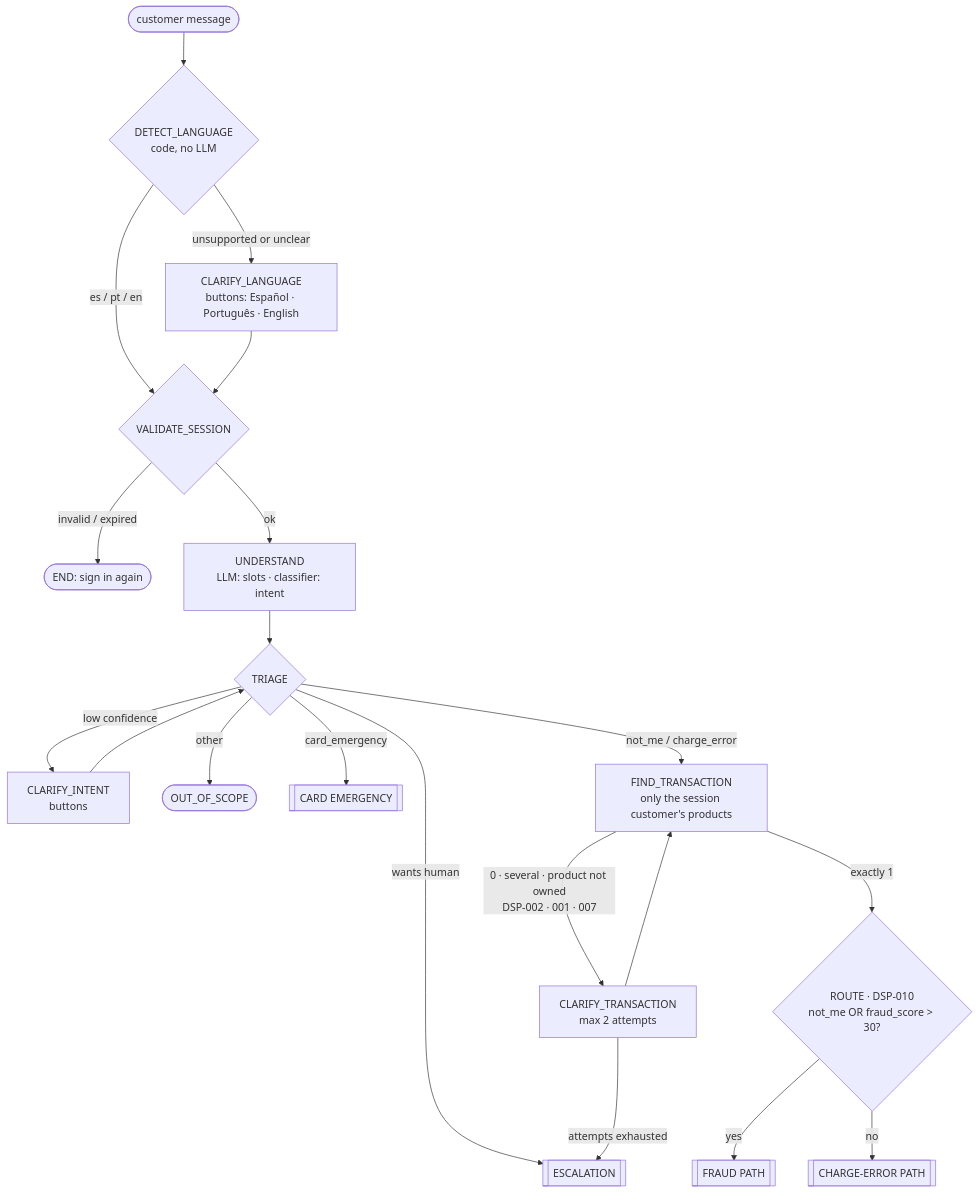
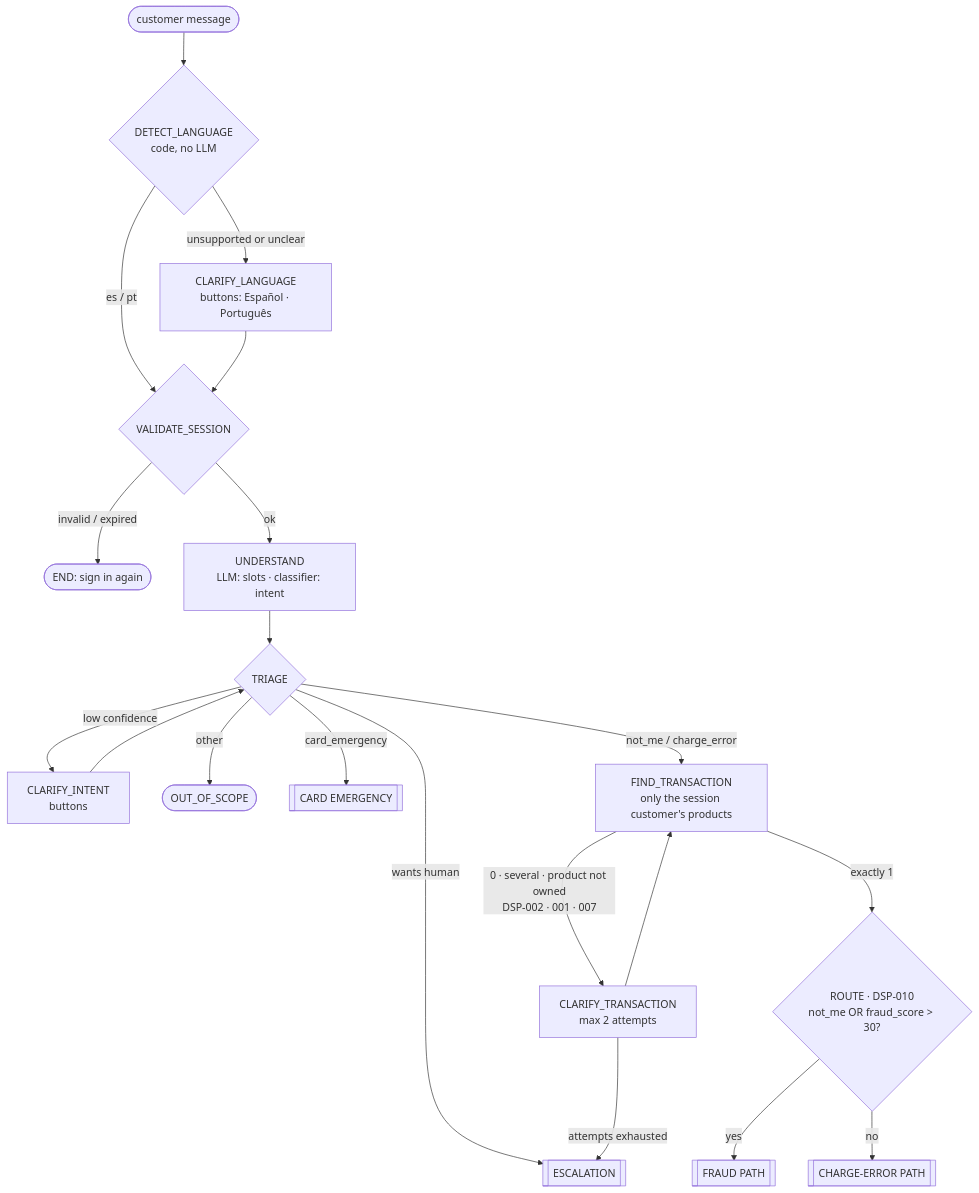
Before and after one commit to Valeriacv918/factored-hackathon-2026-epsilon-greedy: the first of 5 diagrams in docs/STATE_MACHINE2.md, drawn with Mermaid. The commit also changed other lines of this file and 22 other files, not shown here.

````diff
--- a/docs/STATE_MACHINE2.md
+++ b/docs/STATE_MACHINE2.md
@@ -26,19 +26,19 @@
 ```mermaid
 flowchart TD
     MSG([customer message]) --> LANG{"DETECT_LANGUAGE<br/>code, no LLM"}
-    LANG -- "es / pt / en" --> VS{VALIDATE_SESSION}
-    LANG -- "unsupported or unclear" --> CL["CLARIFY_LANGUAGE<br/>buttons: Español · Português · English"] --> VS
+    LANG -- "es / pt" --> VS{VALIDATE_SESSION}
+    LANG -- "unsupported or unclear" --> CL["CLARIFY_LANGUAGE<br/>buttons: Español · Português"] --> VS
     VS -- invalid / expired --> ENDA([END: sign in again])
     VS -- ok --> UND["UNDERSTAND<br/>LLM: slots · classifier: intent"]
     UND --> TRI{TRIAGE}
     TRI -- low confidence --> CI["CLARIFY_INTENT<br/>buttons"] --> TRI
     TRI -- other --> OOS([OUT_OF_SCOPE])
     TRI -- wants human --> ESC[[ESCALATION]]
     TRI -- card_emergency --> EMG[[CARD EMERGENCY]]
     TRI -- "not_me / charge_error" --> FIND["FIND_TRANSACTION<br/>only the session customer's products"]
     FIND -- "0 · several · product not owned<br/>DSP-002 · 001 · 007" --> CT["CLARIFY_TRANSACTION<br/>max 2 attempts"] --> FIND
     CT -- attempts exhausted --> ESC
     FIND -- exactly 1 --> RT{"ROUTE · DSP-010<br/>not_me OR fraud_score > 30?"}
     RT -- yes --> FR[[FRAUD PATH]]
     RT -- no --> CH[[CHARGE-ERROR PATH]]
 ```
````
